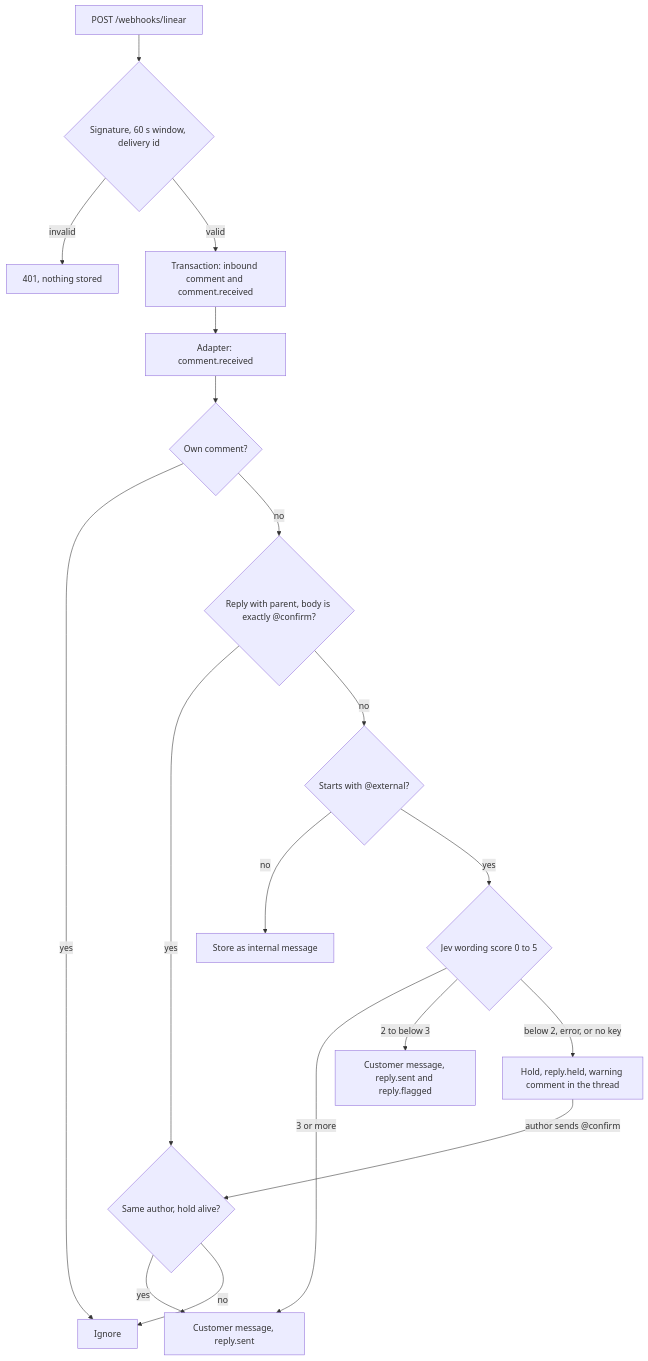
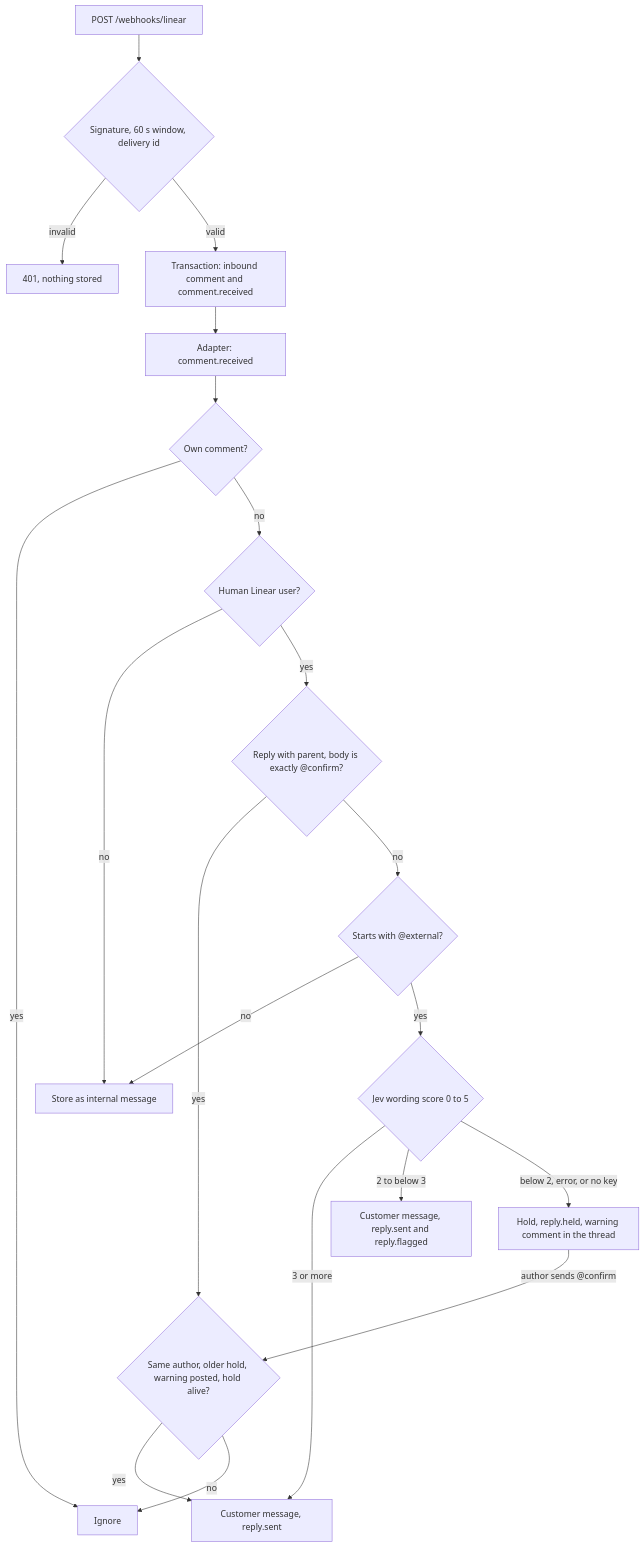
One commit to pressw-llc/pw-customer-support changed the second of 2 diagrams in README.md. Above: the diagram before and after it, drawn with Mermaid. The commit also changed other lines of this file and 1 other file, not shown here.

Commit message:
docs: describe hold cancellation, plain text replies, and backoff

````diff
--- a/README.md
+++ b/README.md
@@ -253,20 +253,22 @@
 ```mermaid
 flowchart TD
     W[POST /webhooks/linear] --> V{Signature, 60 s window, delivery id}
     V -- invalid --> X[401, nothing stored]
     V -- valid --> P[Transaction: inbound comment and comment.received]
     P --> A[Adapter: comment.received]
     A --> O{Own comment?}
     O -- yes --> S[Ignore]
-    O -- no --> C{Reply with parent, body is exactly @confirm?}
-    C -- yes --> H2{Same author, hold alive?}
+    O -- no --> U{Human Linear user?}
+    U -- no --> I
+    U -- yes --> C{Reply with parent, body is exactly @confirm?}
+    C -- yes --> H2{Same author, older hold, warning posted, hold alive?}
     H2 -- yes --> SEND
     H2 -- no --> S
     C -- no --> M{Starts with @external?}
     M -- no --> I[Store as internal message]
     M -- yes --> J{Jev wording score 0 to 5}
     J -- 3 or more --> SEND[Customer message, reply.sent]
     J -- 2 to below 3 --> F[Customer message, reply.sent and reply.flagged]
     J -- below 2, error, or no key --> D[Hold, reply.held, warning comment in the thread]
     D -- author sends @confirm --> H2
 ```
````
